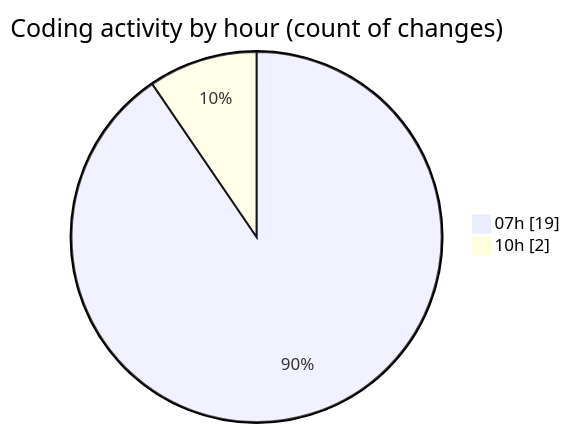
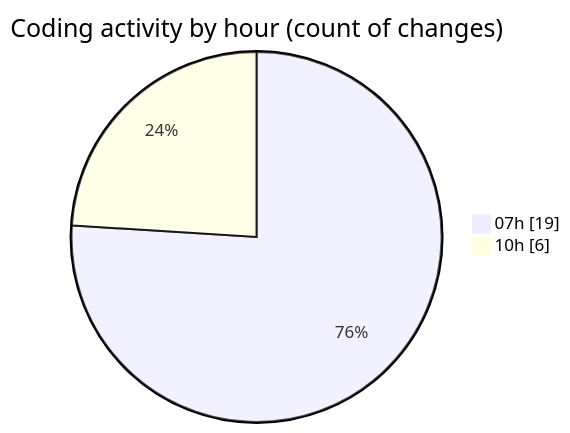
One commit to tmsrecording-cyber/code-tracking changed the second of 2 diagrams in 2026-04-25/darkwire/README.md. Above: the diagram before and after it, drawn with Mermaid. The commit also changed other lines of this file and 1 other file, not shown here.

````diff
--- a/2026-04-25/darkwire/README.md
+++ b/2026-04-25/darkwire/README.md
@@ -46,6 +49,6 @@
 ```mermaid
 pie showData
 title Coding activity by hour (count of changes)
 "07h" : 19
-"10h" : 2
+"10h" : 6
 ```
````
